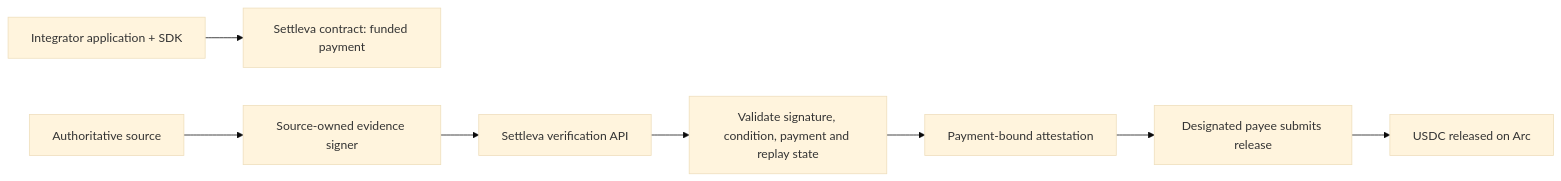
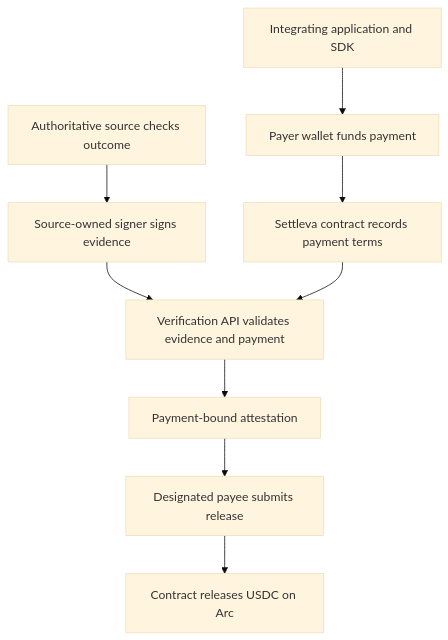
The diagram in README.md (Investorquab/Settleva), drawn with Mermaid (base theme) before and after one commit. The commit also changed other lines of this file and 2 other files, not shown here.

First line of the commit message:
docs: fix architecture diagram and complete README licensing

````diff
--- a/README.md
+++ b/README.md
@@ -57,10 +74,11 @@
 ```mermaid
-flowchart LR
-  A[Integrator application + SDK] --> B[Settleva contract: funded payment]
-  C[Authoritative source] --> D[Source-owned evidence signer]
-  D --> E[Settleva verification API]
-  E --> F[Validate signature, condition, payment and replay state]
-  F --> G[Payment-bound attestation]
-  G --> H[Designated payee submits release]
-  H --> I[USDC released on Arc]
+flowchart TD
+  A["Integrating application and SDK"] --> B["Payer wallet funds payment"]
+  B --> C["Settleva contract records payment terms"]
+  D["Authoritative source checks outcome"] --> E["Source-owned signer signs evidence"]
+  E --> F["Verification API validates evidence and payment"]
+  C --> F
+  F --> G["Payment-bound attestation"]
+  G --> H["Designated payee submits release"]
+  H --> I["Contract releases USDC on Arc"]
 ```
````
